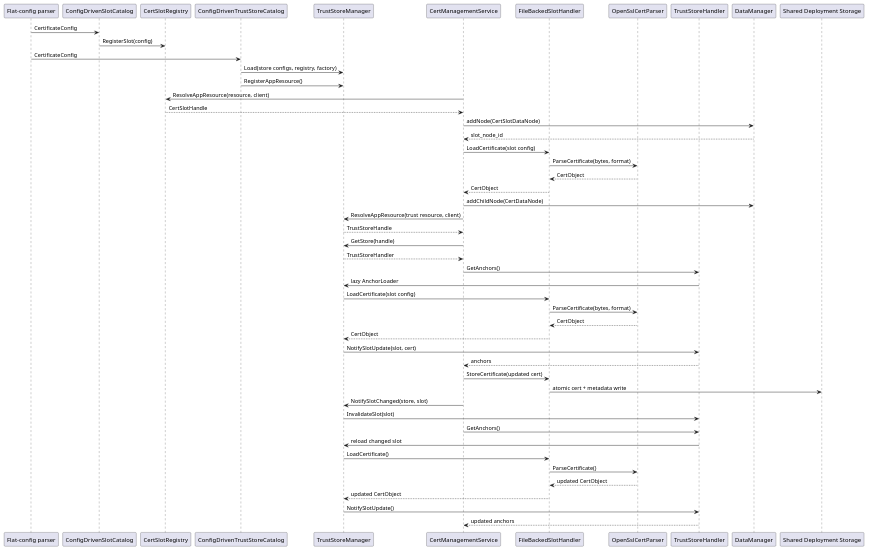
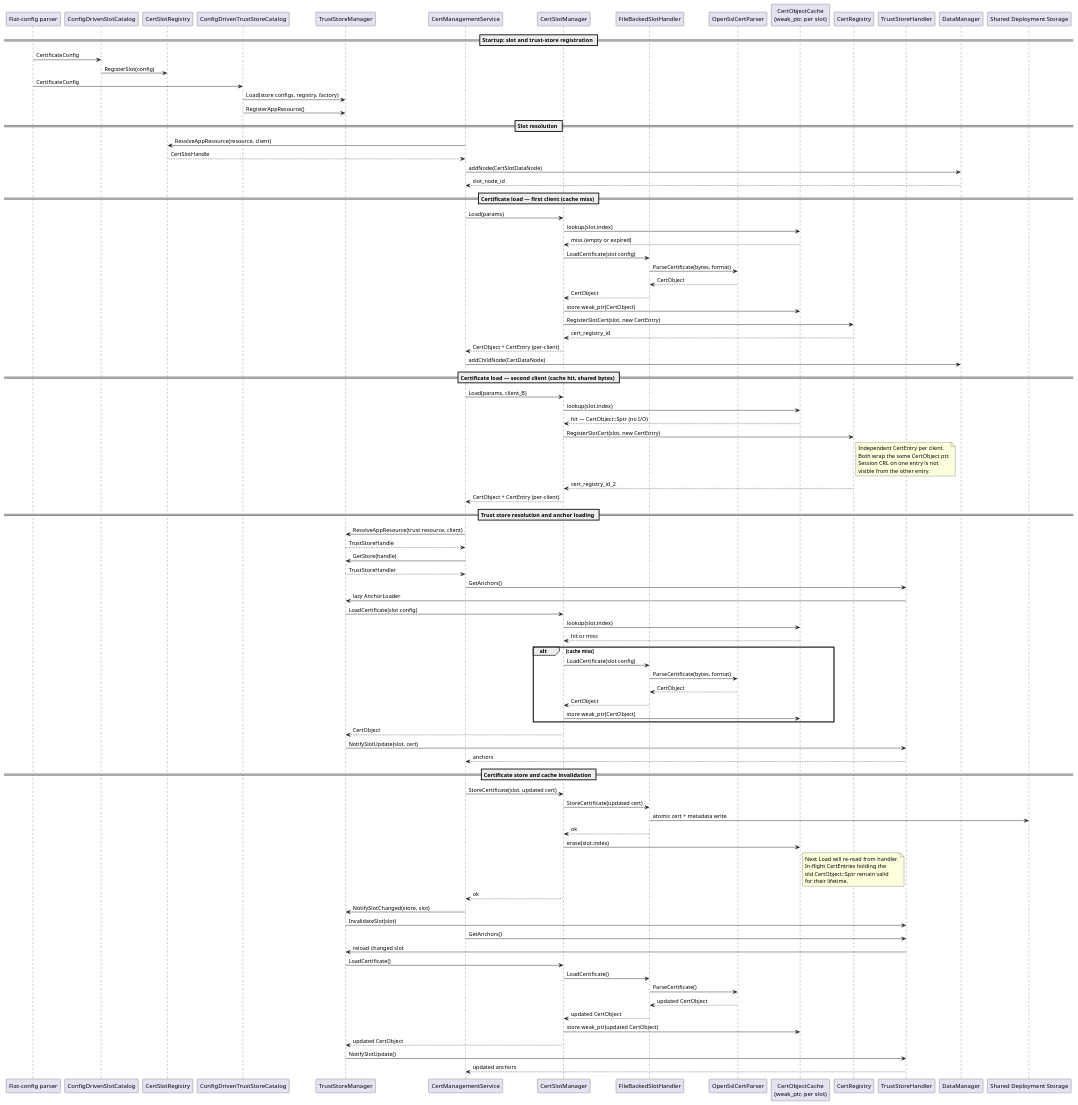
One commit to eclipse-score/inc_security_crypto changed the diagram in score/crypto/src/daemon/cert_management/docs/detailed_design/cert_management_dynamic.puml. Above: the diagram before and after it, drawn with PlantUML. The commit also changed 25 other files, not shown here.

```diff
--- a/score/crypto/src/daemon/cert_management/docs/detailed_design/cert_management_dynamic.puml
+++ b/score/crypto/src/daemon/cert_management/docs/detailed_design/cert_management_dynamic.puml
@@ -14,55 +14,110 @@
-@startuml
+@startuml cert_management_dynamic
 participant "Flat-config parser" as Config
 participant "ConfigDrivenSlotCatalog" as SlotCatalog
 participant "CertSlotRegistry" as Slots
 participant "ConfigDrivenTrustStoreCatalog" as TrustCatalog
 participant "TrustStoreManager" as Stores
 participant "CertManagementService" as Service
+participant "CertSlotManager" as SlotMgr
 participant "FileBackedSlotHandler" as Handler
 participant "OpenSslCertParser" as Parser
+participant "CertObjectCache\n(weak_ptr, per slot)" as Cache
+participant "CertRegistry" as Registry
 participant "TrustStoreHandler" as StoreHandler
 participant "DataManager" as Data
+
+== Startup: slot and trust-store registration ==
 
 Config -> SlotCatalog : CertificateConfig
 SlotCatalog -> Slots : RegisterSlot(config)
 Config -> TrustCatalog : CertificateConfig
 TrustCatalog -> Stores : Load(store configs, registry, factory)
 TrustCatalog -> Stores : RegisterAppResource()
 
+== Slot resolution ==
+
 Service -> Slots : ResolveAppResource(resource, client)
 Slots --> Service : CertSlotHandle
 Service -> Data : addNode(CertSlotDataNode)
 Data --> Service : slot_node_id
 
-Service -> Handler : LoadCertificate(slot config)
+== Certificate load — first client (cache miss) ==
+
+Service -> SlotMgr : Load(params)
+SlotMgr -> Cache : lookup(slot.index)
+Cache --> SlotMgr : miss (empty or expired)
+SlotMgr -> Handler : LoadCertificate(slot config)
 Handler -> Parser : ParseCertificate(bytes, format)
 Parser --> Handler : CertObject
-Handler --> Service : CertObject
+Handler --> SlotMgr : CertObject
+SlotMgr -> Cache : store weak_ptr(CertObject)
+SlotMgr -> Registry : RegisterSlotCert(slot, new CertEntry)
+Registry --> SlotMgr : cert_registry_id
+SlotMgr --> Service : CertObject + CertEntry (per-client)
 Service -> Data : addChildNode(CertDataNode)
+
+== Certificate load — second client (cache hit, shared bytes) ==
+
+Service -> SlotMgr : Load(params, client_B)
+SlotMgr -> Cache : lookup(slot.index)
+Cache --> SlotMgr : hit — CertObject::Sptr (no I/O)
+SlotMgr -> Registry : RegisterSlotCert(slot, new CertEntry)
+note right of Registry
+  Independent CertEntry per client.
+  Both wrap the same CertObject ptr.
+  Session CRL on one entry is not
+  visible from the other entry.
+end note
+Registry --> SlotMgr : cert_registry_id_2
+SlotMgr --> Service : CertObject + CertEntry (per-client)
+
+== Trust store resolution and anchor loading ==
 
 Service -> Stores : ResolveAppResource(trust resource, client)
 Stores --> Service : TrustStoreHandle
 Service -> Stores : GetStore(handle)
 Stores --> Service : TrustStoreHandler
 Service -> StoreHandler : GetAnchors()
 StoreHandler -> Stores : lazy AnchorLoader
-Stores -> Handler : LoadCertificate(slot config)
-Handler -> Parser : ParseCertificate(bytes, format)
-Parser --> Handler : CertObject
-Handler --> Stores : CertObject
+Stores -> SlotMgr : LoadCertificate(slot config)
+SlotMgr -> Cache : lookup(slot.index)
+Cache --> SlotMgr : hit or miss
+alt cache miss
+  SlotMgr -> Handler : LoadCertificate(slot config)
+  Handler -> Parser : ParseCertificate(bytes, format)
+  Parser --> Handler : CertObject
+  Handler --> SlotMgr : CertObject
+  SlotMgr -> Cache : store weak_ptr(CertObject)
+end
+SlotMgr --> Stores : CertObject
 Stores -> StoreHandler : NotifySlotUpdate(slot, cert)
 StoreHandler --> Service : anchors
 
-Service -> Handler : StoreCertificate(updated cert)
+== Certificate store and cache invalidation ==
+
+Service -> SlotMgr : StoreCertificate(slot, updated cert)
+SlotMgr -> Handler : StoreCertificate(updated cert)
 Handler -> "Shared Deployment Storage" : atomic cert + metadata write
+Handler --> SlotMgr : ok
+SlotMgr -> Cache : erase(slot.index)
+note right of Cache
+  Next Load will re-read from handler.
+  In-flight CertEntries holding the
+  old CertObject::Sptr remain valid
+  for their lifetime.
+end note
+SlotMgr --> Service : ok
 Service -> Stores : NotifySlotChanged(store, slot)
 Stores -> StoreHandler : InvalidateSlot(slot)
 Service -> StoreHandler : GetAnchors()
 StoreHandler -> Stores : reload changed slot
-Stores -> Handler : LoadCertificate()
+Stores -> SlotMgr : LoadCertificate()
+SlotMgr -> Handler : LoadCertificate()
 Handler -> Parser : ParseCertificate()
 Parser --> Handler : updated CertObject
-Handler --> Stores : updated CertObject
+Handler --> SlotMgr : updated CertObject
+SlotMgr -> Cache : store weak_ptr(updated CertObject)
+SlotMgr --> Stores : updated CertObject
 Stores -> StoreHandler : NotifySlotUpdate()
 StoreHandler --> Service : updated anchors
 @enduml
```
